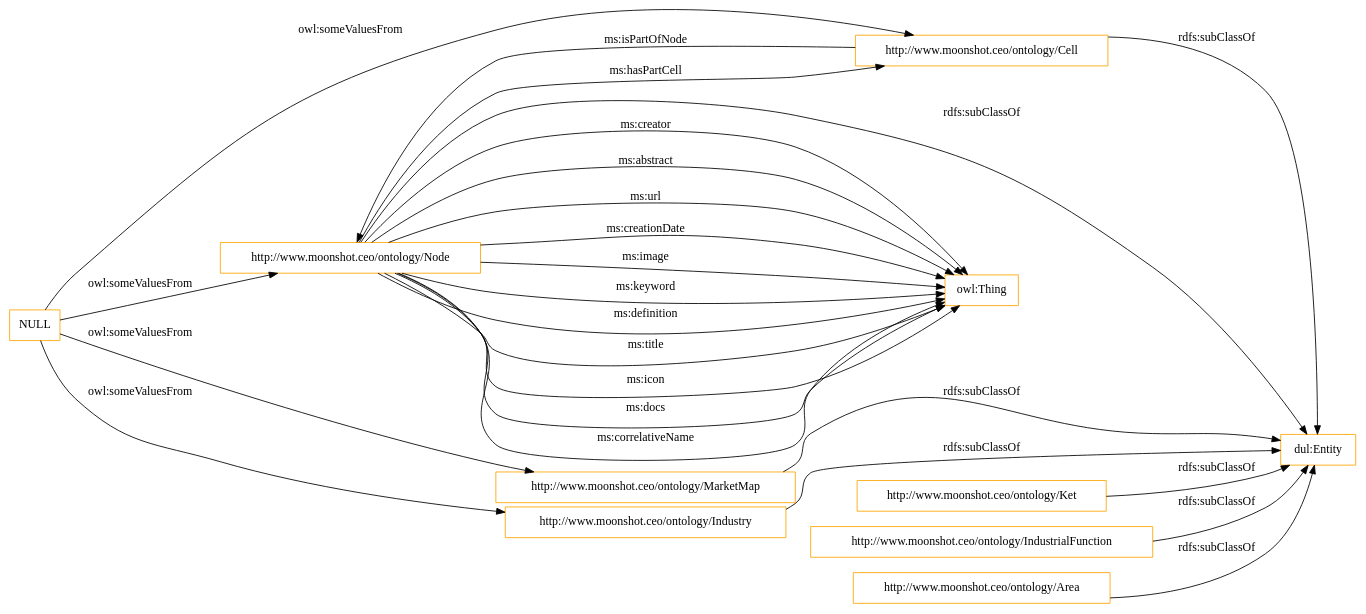
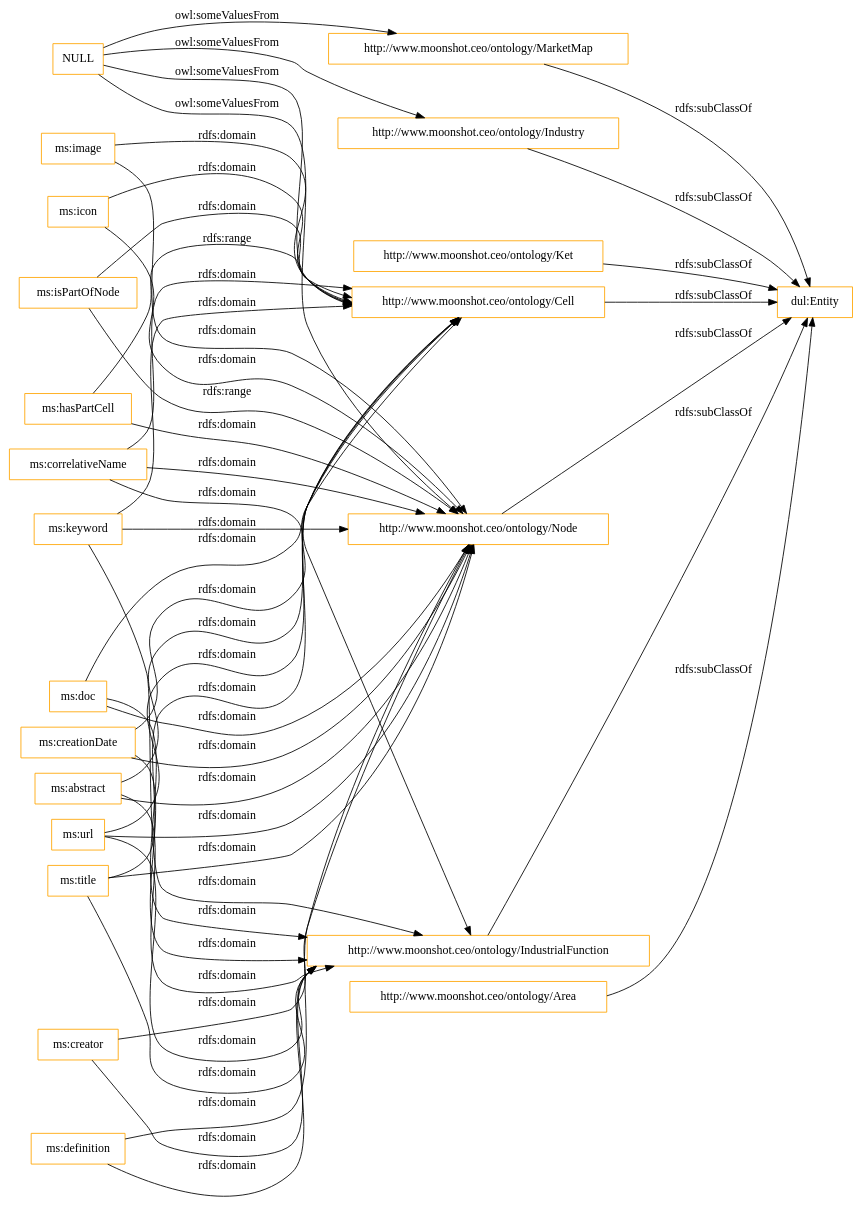
The diagram in OnToology/iebrain.ttl/diagrams/ar2dtool-class/iebrain.ttl.png.dot (oeg-upm/IEBrain), drawn with Graphviz before and after one commit. The commit also changed 5 other files, not shown here.

```diff
--- a/OnToology/iebrain.ttl/diagrams/ar2dtool-class/iebrain.ttl.png.dot
+++ b/OnToology/iebrain.ttl/diagrams/ar2dtool-class/iebrain.ttl.png.dot
@@ -1,30 +1,50 @@
 digraph ar2dtool_diagram { 
 rankdir=LR;
 size="1501"
-node [shape = rectangle, color="orange"]; "http://www.moonshot.ceo/ontology/Node" "http://www.moonshot.ceo/ontology/MarketMap" "http://www.moonshot.ceo/ontology/Ket" "http://www.moonshot.ceo/ontology/Industry" "http://www.moonshot.ceo/ontology/IndustrialFunction" "http://www.moonshot.ceo/ontology/Cell" "http://www.moonshot.ceo/ontology/Area" "dul:Entity" "owl:Thing" ; /*classes style*/
+node [shape = rectangle, color="orange"]; "http://www.moonshot.ceo/ontology/Node" "http://www.moonshot.ceo/ontology/MarketMap" "http://www.moonshot.ceo/ontology/Ket" "http://www.moonshot.ceo/ontology/Industry" "http://www.moonshot.ceo/ontology/IndustrialFunction" "http://www.moonshot.ceo/ontology/Cell" "http://www.moonshot.ceo/ontology/Area" "dul:Entity" ; /*classes style*/
+	"ms:creator" -> "http://www.moonshot.ceo/ontology/IndustrialFunction" [ label = "rdfs:domain" ];
+	"ms:creator" -> "http://www.moonshot.ceo/ontology/Node" [ label = "rdfs:domain" ];
 	"NULL" -> "http://www.moonshot.ceo/ontology/Industry" [ label = "owl:someValuesFrom" ];
+	"NULL" -> "http://www.moonshot.ceo/ontology/Node" [ label = "owl:someValuesFrom" ];
 	"NULL" -> "http://www.moonshot.ceo/ontology/MarketMap" [ label = "owl:someValuesFrom" ];
 	"NULL" -> "http://www.moonshot.ceo/ontology/Cell" [ label = "owl:someValuesFrom" ];
-	"NULL" -> "http://www.moonshot.ceo/ontology/Node" [ label = "owl:someValuesFrom" ];
 	"http://www.moonshot.ceo/ontology/Area" -> "dul:Entity" [ label = "rdfs:subClassOf" ];
+	"ms:url" -> "http://www.moonshot.ceo/ontology/Cell" [ label = "rdfs:domain" ];
+	"ms:url" -> "http://www.moonshot.ceo/ontology/IndustrialFunction" [ label = "rdfs:domain" ];
+	"ms:url" -> "http://www.moonshot.ceo/ontology/Node" [ label = "rdfs:domain" ];
+	"ms:image" -> "http://www.moonshot.ceo/ontology/Cell" [ label = "rdfs:domain" ];
+	"ms:image" -> "http://www.moonshot.ceo/ontology/Node" [ label = "rdfs:domain" ];
+	"ms:icon" -> "http://www.moonshot.ceo/ontology/Cell" [ label = "rdfs:domain" ];
+	"ms:icon" -> "http://www.moonshot.ceo/ontology/Node" [ label = "rdfs:domain" ];
+	"ms:doc" -> "http://www.moonshot.ceo/ontology/Cell" [ label = "rdfs:domain" ];
+	"ms:doc" -> "http://www.moonshot.ceo/ontology/IndustrialFunction" [ label = "rdfs:domain" ];
+	"ms:doc" -> "http://www.moonshot.ceo/ontology/Node" [ label = "rdfs:domain" ];
+	"ms:keyword" -> "http://www.moonshot.ceo/ontology/Cell" [ label = "rdfs:domain" ];
+	"ms:keyword" -> "http://www.moonshot.ceo/ontology/IndustrialFunction" [ label = "rdfs:domain" ];
+	"ms:keyword" -> "http://www.moonshot.ceo/ontology/Node" [ label = "rdfs:domain" ];
+	"ms:creationDate" -> "http://www.moonshot.ceo/ontology/Cell" [ label = "rdfs:domain" ];
+	"ms:creationDate" -> "http://www.moonshot.ceo/ontology/IndustrialFunction" [ label = "rdfs:domain" ];
+	"ms:creationDate" -> "http://www.moonshot.ceo/ontology/Node" [ label = "rdfs:domain" ];
 	"http://www.moonshot.ceo/ontology/MarketMap" -> "dul:Entity" [ label = "rdfs:subClassOf" ];
+	"ms:isPartOfNode" -> "http://www.moonshot.ceo/ontology/Cell" [ label = "rdfs:domain" ];
+	"ms:isPartOfNode" -> "http://www.moonshot.ceo/ontology/Node" [ label = "rdfs:range" ];
+	"ms:correlativeName" -> "http://www.moonshot.ceo/ontology/Cell" [ label = "rdfs:domain" ];
+	"ms:correlativeName" -> "http://www.moonshot.ceo/ontology/IndustrialFunction" [ label = "rdfs:domain" ];
+	"ms:correlativeName" -> "http://www.moonshot.ceo/ontology/Node" [ label = "rdfs:domain" ];
 	"http://www.moonshot.ceo/ontology/Industry" -> "dul:Entity" [ label = "rdfs:subClassOf" ];
 	"http://www.moonshot.ceo/ontology/Node" -> "dul:Entity" [ label = "rdfs:subClassOf" ];
+	"ms:title" -> "http://www.moonshot.ceo/ontology/Cell" [ label = "rdfs:domain" ];
+	"ms:title" -> "http://www.moonshot.ceo/ontology/IndustrialFunction" [ label = "rdfs:domain" ];
+	"ms:title" -> "http://www.moonshot.ceo/ontology/Node" [ label = "rdfs:domain" ];
 	"http://www.moonshot.ceo/ontology/IndustrialFunction" -> "dul:Entity" [ label = "rdfs:subClassOf" ];
+	"ms:hasPartCell" -> "http://www.moonshot.ceo/ontology/Node" [ label = "rdfs:domain" ];
+	"ms:hasPartCell" -> "http://www.moonshot.ceo/ontology/Cell" [ label = "rdfs:range" ];
 	"http://www.moonshot.ceo/ontology/Cell" -> "dul:Entity" [ label = "rdfs:subClassOf" ];
+	"ms:definition" -> "http://www.moonshot.ceo/ontology/IndustrialFunction" [ label = "rdfs:domain" ];
+	"ms:definition" -> "http://www.moonshot.ceo/ontology/Node" [ label = "rdfs:domain" ];
 	"http://www.moonshot.ceo/ontology/Ket" -> "dul:Entity" [ label = "rdfs:subClassOf" ];
-	"http://www.moonshot.ceo/ontology/Node" -> "owl:Thing" [ label = "ms:icon" ];
-	"http://www.moonshot.ceo/ontology/Node" -> "owl:Thing" [ label = "ms:docs" ];
-	"http://www.moonshot.ceo/ontology/Node" -> "owl:Thing" [ label = "ms:correlativeName" ];
-	"http://www.moonshot.ceo/ontology/Node" -> "owl:Thing" [ label = "ms:creator" ];
-	"http://www.moonshot.ceo/ontology/Node" -> "owl:Thing" [ label = "ms:abstract" ];
-	"http://www.moonshot.ceo/ontology/Node" -> "owl:Thing" [ label = "ms:url" ];
-	"http://www.moonshot.ceo/ontology/Node" -> "owl:Thing" [ label = "ms:creationDate" ];
-	"http://www.moonshot.ceo/ontology/Node" -> "owl:Thing" [ label = "ms:image" ];
-	"http://www.moonshot.ceo/ontology/Node" -> "owl:Thing" [ label = "ms:keyword" ];
-	"http://www.moonshot.ceo/ontology/Node" -> "owl:Thing" [ label = "ms:definition" ];
-	"http://www.moonshot.ceo/ontology/Node" -> "owl:Thing" [ label = "ms:title" ];
-	"http://www.moonshot.ceo/ontology/Cell" -> "http://www.moonshot.ceo/ontology/Node" [ label = "ms:isPartOfNode" ];
-	"http://www.moonshot.ceo/ontology/Node" -> "http://www.moonshot.ceo/ontology/Cell" [ label = "ms:hasPartCell" ];
+	"ms:abstract" -> "http://www.moonshot.ceo/ontology/Cell" [ label = "rdfs:domain" ];
+	"ms:abstract" -> "http://www.moonshot.ceo/ontology/IndustrialFunction" [ label = "rdfs:domain" ];
+	"ms:abstract" -> "http://www.moonshot.ceo/ontology/Node" [ label = "rdfs:domain" ];
 
 }
```
